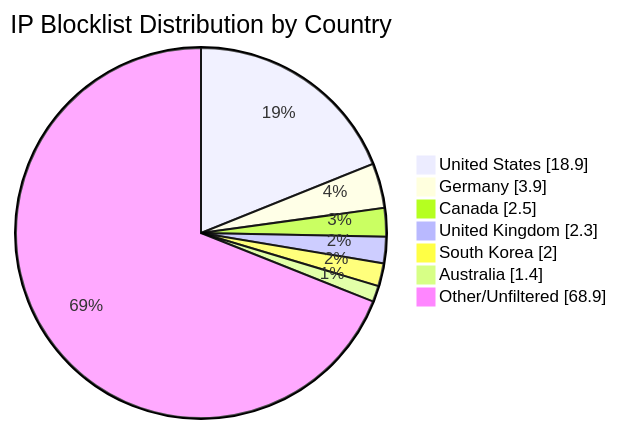
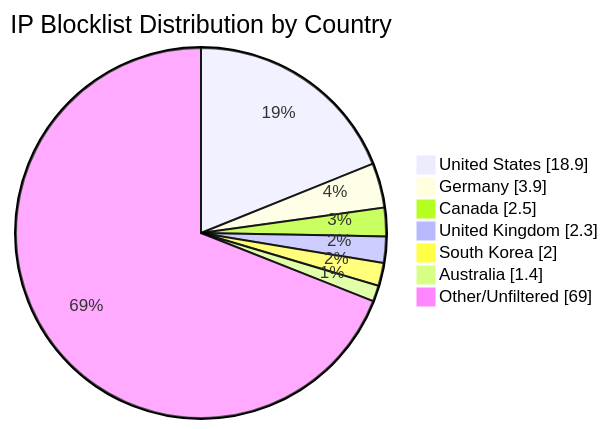
The diagram in README.md (MarcusHoltz/ipblocklist-geofiltered-aggregator), drawn with Mermaid before and after one commit. The commit also changed other lines of this file and 9 other files, not shown here.

````diff
--- a/README.md
+++ b/README.md
@@ -34,10 +34,10 @@
 ```mermaid
 pie showData title IP Blocklist Distribution by Country
 "United States" : 18.9
 "Germany" : 3.9
 "Canada" : 2.5
 "United Kingdom" : 2.3
 "South Korea" : 2.0
 "Australia" : 1.4
-"Other/Unfiltered" : 68.9
+"Other/Unfiltered" : 69.0
 ```
````
